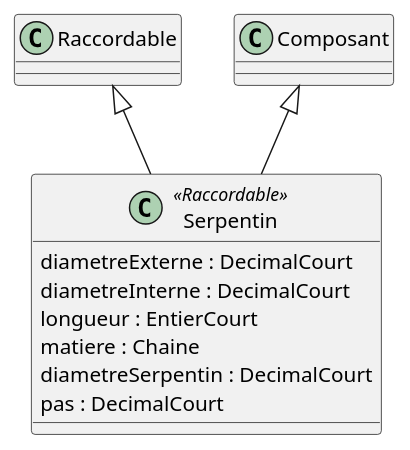
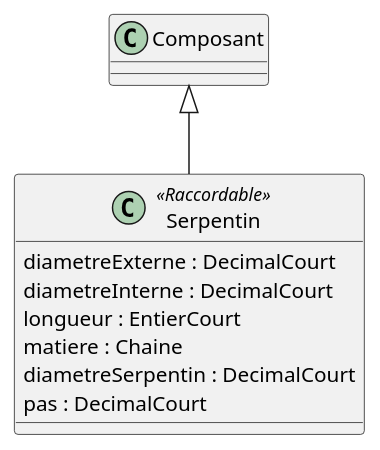
Before and after one commit to beerfactory/brewbox-uml: the diagram in serpentin.iuml, drawn with PlantUML. The commit also changed 8 other files, not shown here.

```diff
--- a/serpentin.iuml
+++ b/serpentin.iuml
@@ -1,11 +1,10 @@
 class Serpentin <<Raccordable>> {
     diametreExterne : DecimalCourt
     diametreInterne : DecimalCourt
     longueur : EntierCourt
     matiere : Chaine
     diametreSerpentin : DecimalCourt
     pas : DecimalCourt
 }
 
-Raccordable <|-- Serpentin
 Composant <|-- Serpentin
```
